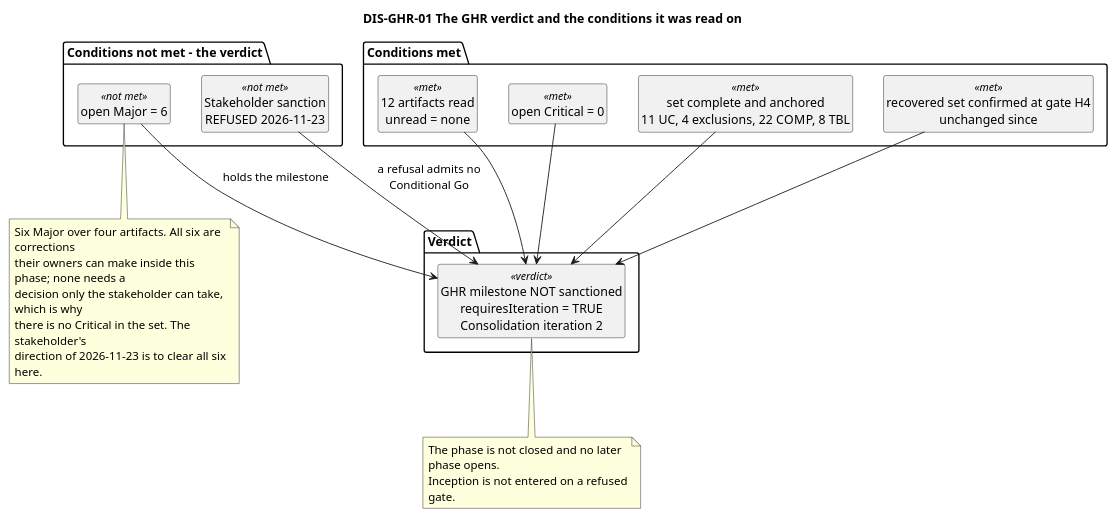
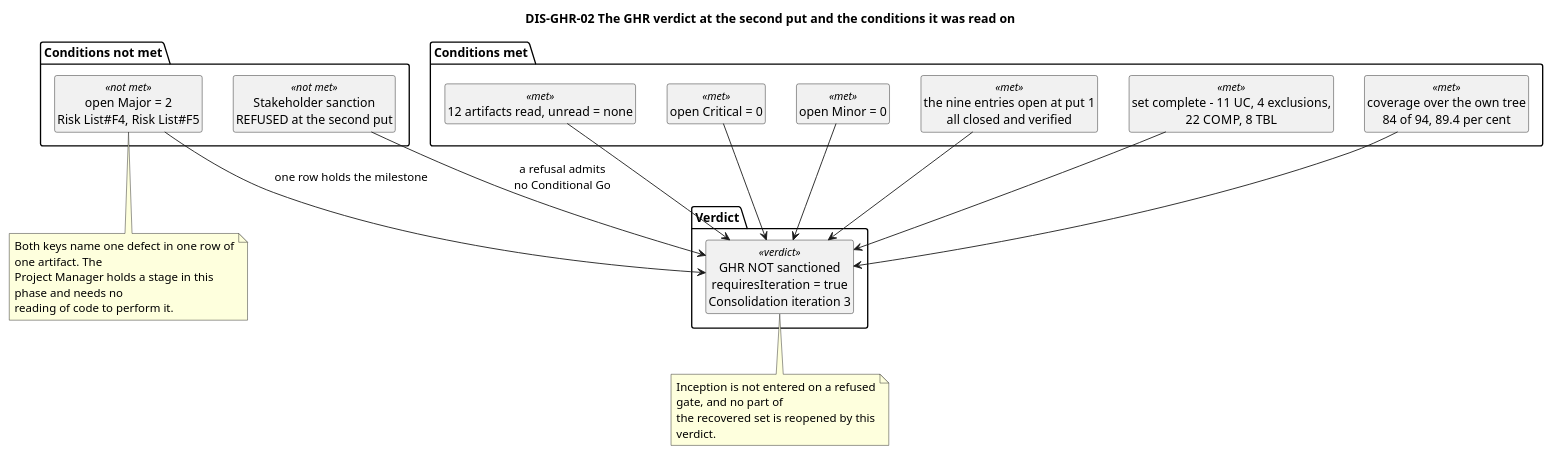
One commit to banense-test/TodoApp changed diagram 16 of 16 in docs/artifacts/project-management/review-record.md. Above: the diagram before and after it, drawn with PlantUML. The commit also changed other lines of this file, not shown here.

First line of the commit message:
Review Coordinator [Consolidation2]: upsert Review Record

````diff
--- a/docs/artifacts/project-management/review-record.md
+++ b/docs/artifacts/project-management/review-record.md
@@ -1253,44 +1253,46 @@
 ```plantuml
 @startuml
-title DIS-GHR-01 The GHR verdict and the conditions it was read on
+title DIS-GHR-02 The GHR verdict at the second put and the conditions it was read on
 skinparam shadowing false
-skinparam wrapWidth 245
+skinparam wrapWidth 250
 hide circle
 hide empty members
 
 package "Conditions met" {
-  class "12 artifacts read\nunread = none" as X1 <<met>>
+  class "12 artifacts read, unread = none" as X1 <<met>>
   class "open Critical = 0" as X2 <<met>>
-  class "set complete and anchored\n11 UC, 4 exclusions, 22 COMP, 8 TBL" as X3 <<met>>
-  class "recovered set confirmed at gate H4\nunchanged since" as X4 <<met>>
+  class "open Minor = 0" as X3 <<met>>
+  class "the nine entries open at put 1\nall closed and verified" as X4 <<met>>
+  class "set complete - 11 UC, 4 exclusions,\n22 COMP, 8 TBL" as X5 <<met>>
+  class "coverage over the own tree\n84 of 94, 89.4 per cent" as X6 <<met>>
 }
 
-package "Conditions not met - the verdict" {
-  class "open Major = 6" as N1 <<not met>>
-  class "Stakeholder sanction\nREFUSED 2026-11-23" as N2 <<not met>>
+package "Conditions not met" {
+  class "open Major = 2\nRisk List#F4, Risk List#F5" as N1 <<not met>>
+  class "Stakeholder sanction\nREFUSED at the second put" as N2 <<not met>>
 }
 
 package "Verdict" {
-  class "GHR milestone NOT sanctioned\nrequiresIteration = TRUE\nConsolidation iteration 2" as V <<verdict>>
+  class "GHR NOT sanctioned\nrequiresIteration = true\nConsolidation iteration 3" as V <<verdict>>
 }
 
 X1 --> V
 X2 --> V
 X3 --> V
 X4 --> V
-N1 --> V : holds the milestone
-N2 --> V : a refusal admits no\nConditional Go
+X5 --> V
+X6 --> V
+N1 --> V : one row holds the milestone
+N2 --> V : a refusal admits\nno Conditional Go
 
 note bottom of N1
-  Six Major over four artifacts. All six are corrections
-  their owners can make inside this phase; none needs a
-  decision only the stakeholder can take, which is why
-  there is no Critical in the set. The stakeholder's
-  direction of 2026-11-23 is to clear all six here.
+  Both keys name one defect in one row of one artifact. The
+  Project Manager holds a stage in this phase and needs no
+  reading of code to perform it.
 end note
 note bottom of V
-  The phase is not closed and no later phase opens.
-  Inception is not entered on a refused gate.
+  Inception is not entered on a refused gate, and no part of
+  the recovered set is reopened by this verdict.
 end note
 @enduml
 ```
````
